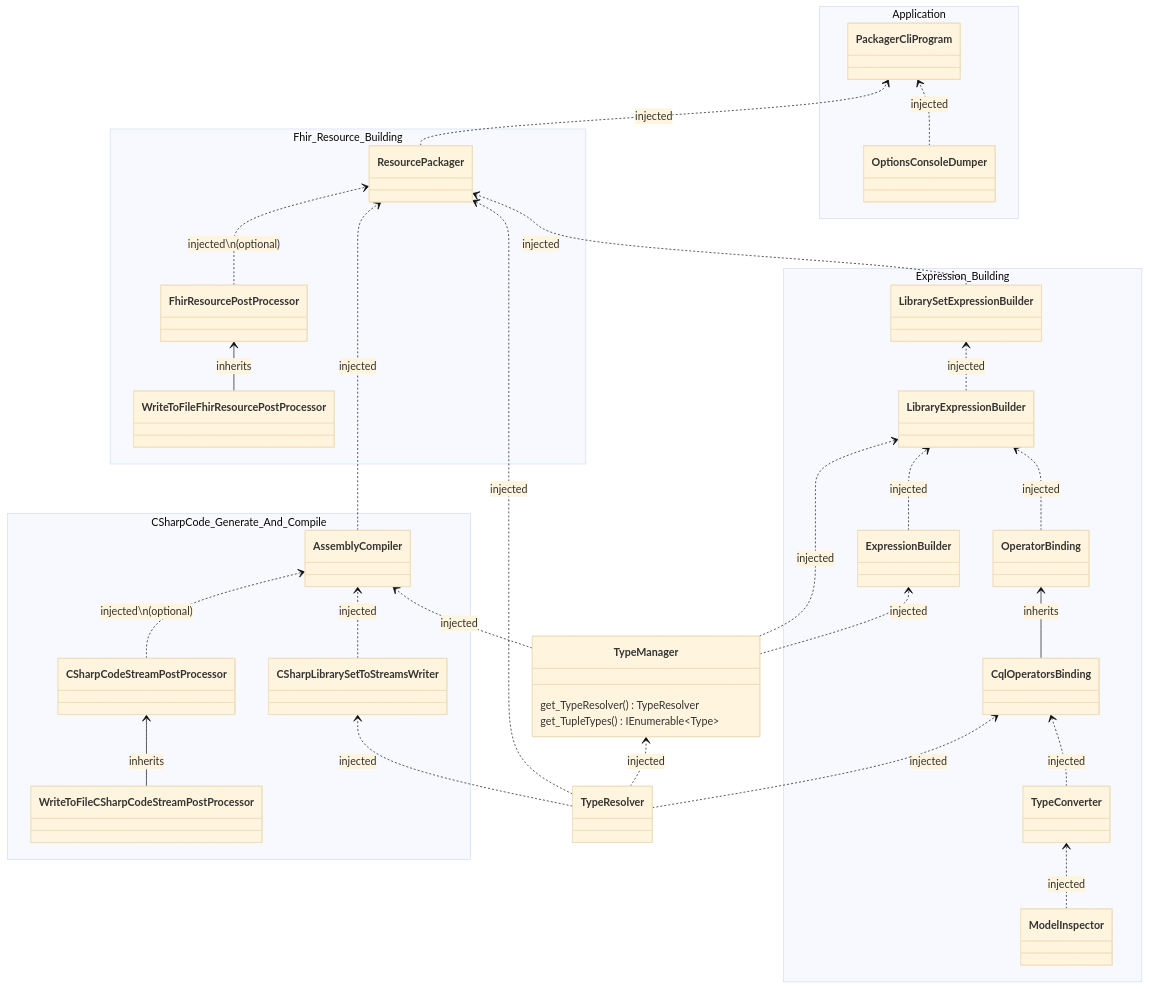
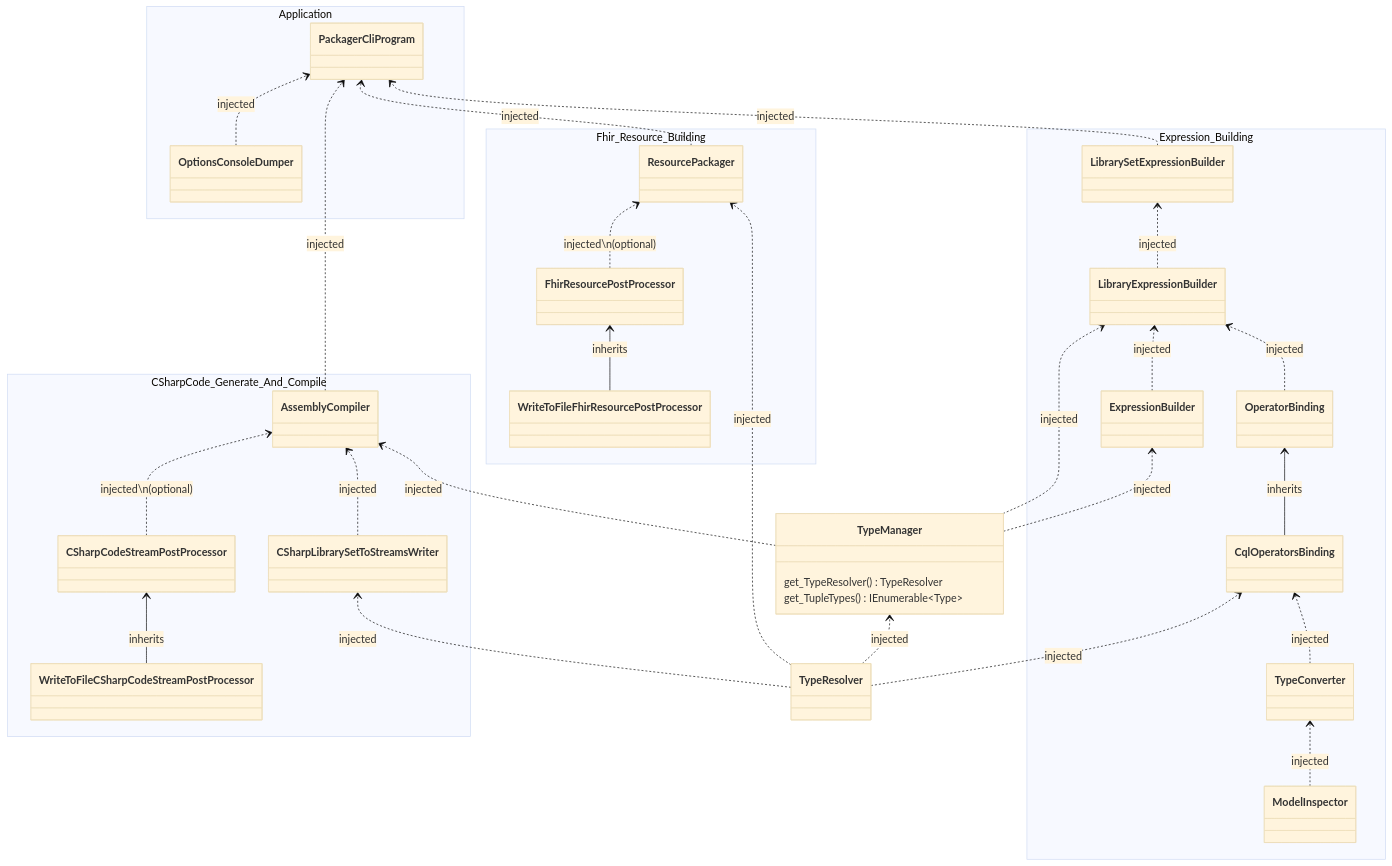
The first of 2 diagrams in docs/packager-cli-dependency-graph.md (FirelyTeam/firely-cql-sdk), drawn with Mermaid (base theme) before and after one commit. The commit also changed 6 other files, not shown here.

Commit message:
ResourcePackager now only packages resources. The 4 steps to load elm, build epxressions, compile and package resources moved to PackagerCliProgram

```diff
--- a/docs/packager-cli-dependency-graph.md
+++ b/docs/packager-cli-dependency-graph.md
@@ -85,6 +85,8 @@
 
     ResourcePackager ..> PackagerCliProgram : injected 
     OptionsConsoleDumper ..> PackagerCliProgram : injected 
+    AssemblyCompiler ..> PackagerCliProgram : injected
+    LibrarySetExpressionBuilder ..> PackagerCliProgram : injected
       
     TypeResolver ..> CqlOperatorsBinding : injected
     TypeConverter ..> CqlOperatorsBinding : injected
@@ -93,9 +95,7 @@
 
     TypeResolver ..> TypeManager : injected
 
-    AssemblyCompiler ..> ResourcePackager : injected
     TypeResolver ..> ResourcePackager : injected
-    LibrarySetExpressionBuilder ..> ResourcePackager : injected
     FhirResourcePostProcessor ..> ResourcePackager : injected\n(optional) 
     
     TypeResolver ..> CSharpLibrarySetToStreamsWriter : injected
```
